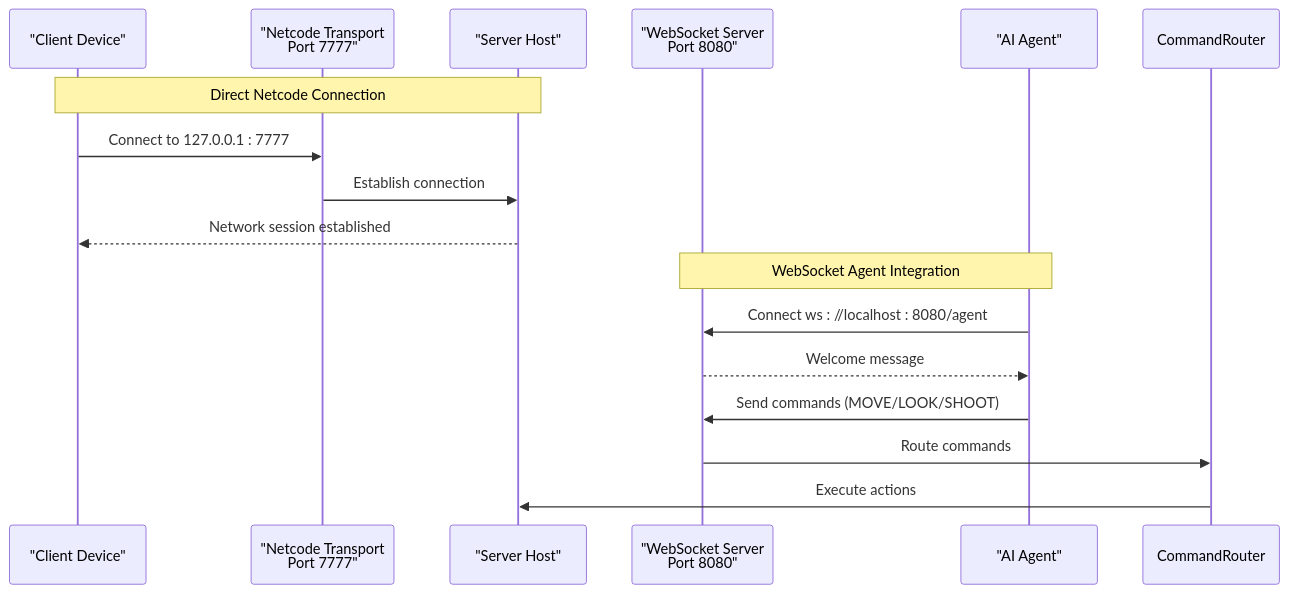
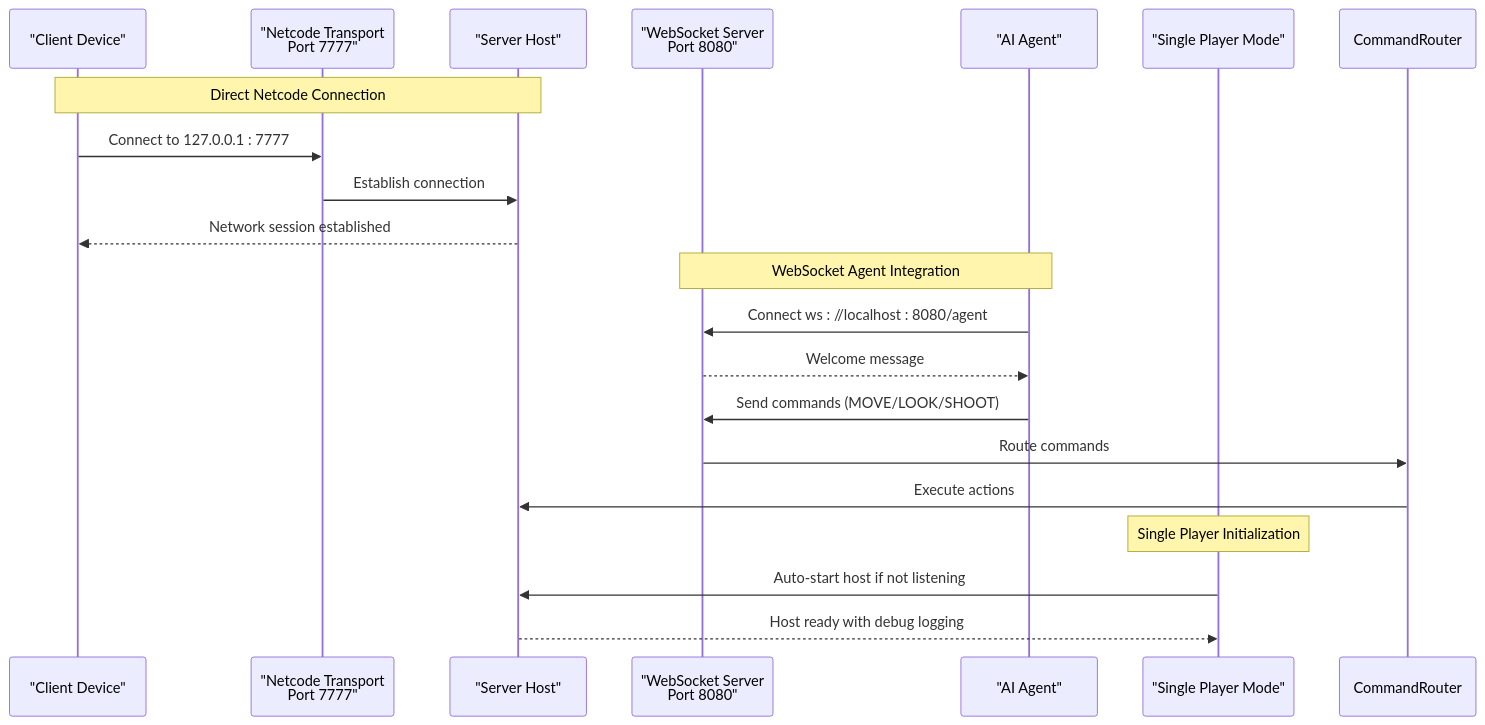
Before and after one commit to kandeng/AI-Controlled-battle-game: the second of 6 diagrams in .qoder/repowiki/en/content/Troubleshooting & Maintenance.md, drawn with Mermaid. The commit also changed other lines of this file and 5 other files, not shown here.

````diff
--- a/.qoder/repowiki/en/content/Troubleshooting & Maintenance.md
+++ b/.qoder/repowiki/en/content/Troubleshooting & Maintenance.md
@@ -114,18 +134,22 @@
 ```mermaid
 sequenceDiagram
 participant Client as "Client Device"
 participant Netcode as "Netcode Transport<br/>Port 7777"
 participant Server as "Server Host"
 participant WS as "WebSocket Server<br/>Port 8080"
 participant Agent as "AI Agent"
+participant SP as "Single Player Mode"
 Note over Client,Server : Direct Netcode Connection
 Client->>Netcode : Connect to 127.0.0.1 : 7777
 Netcode->>Server : Establish connection
 Server-->>Client : Network session established
 Note over Agent,WS : WebSocket Agent Integration
 Agent->>WS : Connect ws : //localhost : 8080/agent
 WS-->>Agent : Welcome message
 Agent->>WS : Send commands (MOVE/LOOK/SHOOT)
 WS->>CommandRouter : Route commands
 CommandRouter->>Server : Execute actions
+Note over SP : Single Player Initialization
+SP->>Server : Auto-start host if not listening
+Server-->>SP : Host ready with debug logging
 ```
````
